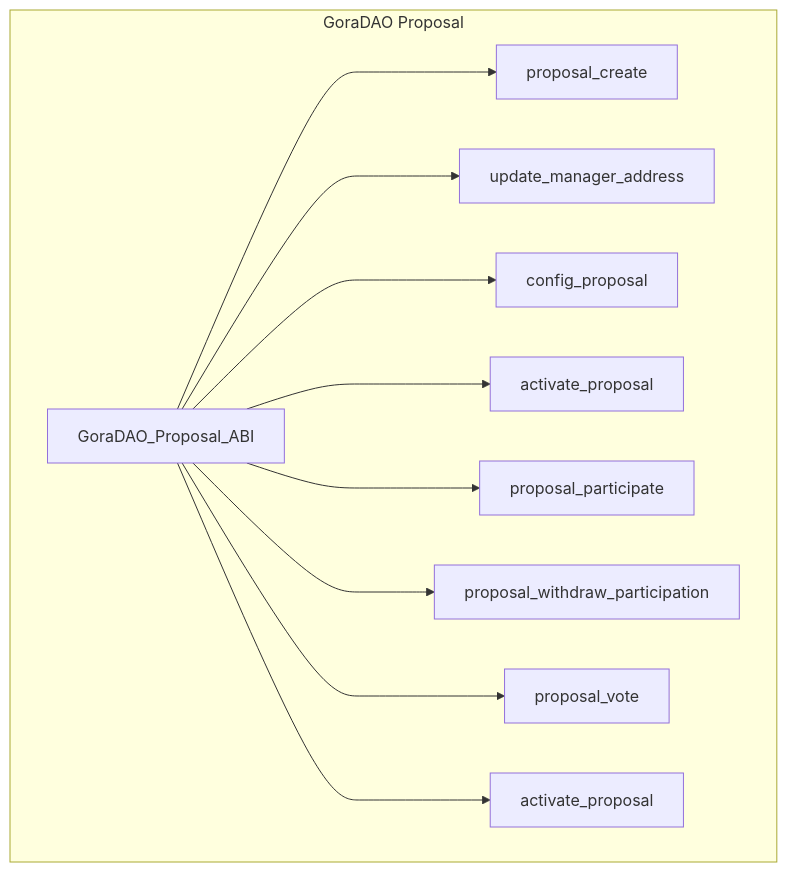
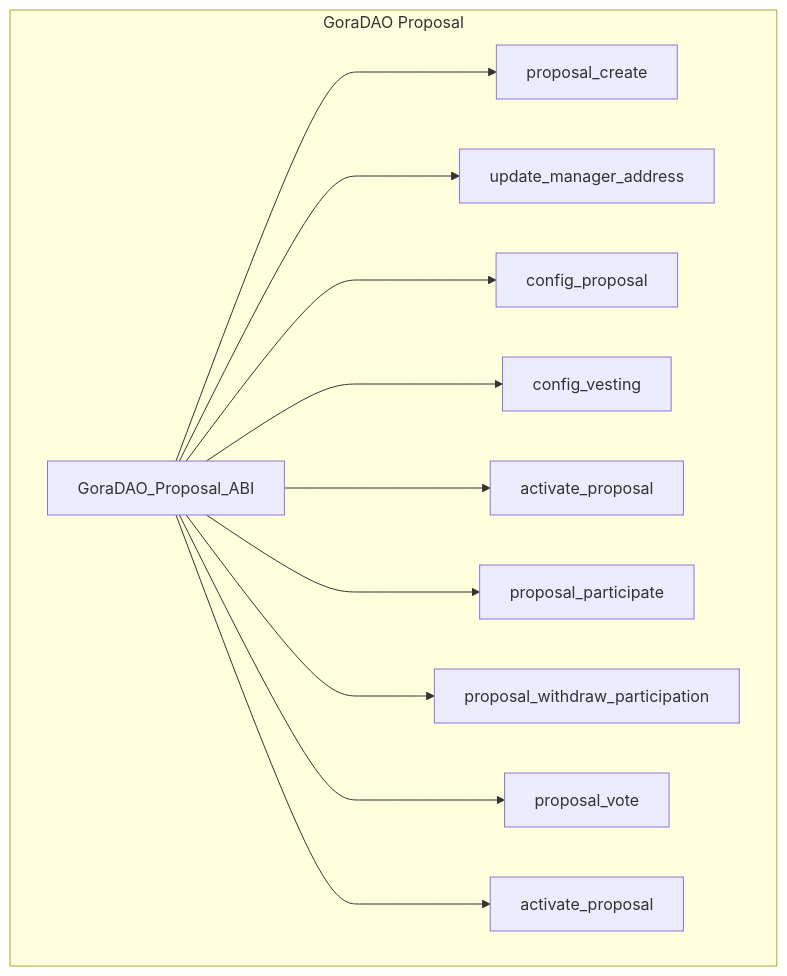
Before and after one commit to GoraNetwork/gora-dao-smartcontracts: the seventh of 8 diagrams in README.md, drawn with Mermaid. The commit also changed other lines of this file, not shown here.

````diff
--- a/README.md
+++ b/README.md
@@ -265,30 +268,32 @@
 ```mermaid
 
 graph TB
  
       subgraph GoraDAO Proposal
             GoraDAO_Proposal[GoraDAO_Proposal_ABI]
             Proposal_Create[proposal_create]
             Update_Manager_address[update_manager_address]
             Configure_Proposal[config_proposal]
+            Configure_Vesting[config_vesting]
             Activate_Voting[activate_proposal]
             Proposal_Participate[proposal_participate]
             Proposal_Withdraw_Participation[proposal_withdraw_participation]
             Proposal_Vote[proposal_vote]
             Force_Close_Proposal[activate_proposal]
        
         end
       
 
       GoraDAO_Proposal[GoraDAO_Proposal_ABI] ---> Proposal_Create
       GoraDAO_Proposal[GoraDAO_Proposal_ABI] ---> Update_Manager_address
 
       GoraDAO_Proposal[GoraDAO_Proposal_ABI] ---> Configure_Proposal
+      GoraDAO_Proposal[GoraDAO_Proposal_ABI] ---> Configure_Vesting
       GoraDAO_Proposal[GoraDAO_Proposal_ABI] ---> Activate_Voting
       GoraDAO_Proposal[GoraDAO_Proposal_ABI] ---> Proposal_Participate
       GoraDAO_Proposal[GoraDAO_Proposal_ABI] ---> Proposal_Withdraw_Participation
       GoraDAO_Proposal[GoraDAO_Proposal_ABI] ---> Proposal_Vote
       GoraDAO_Proposal[GoraDAO_Proposal_ABI] ---> Force_Close_Proposal
  
 
 ```
````
